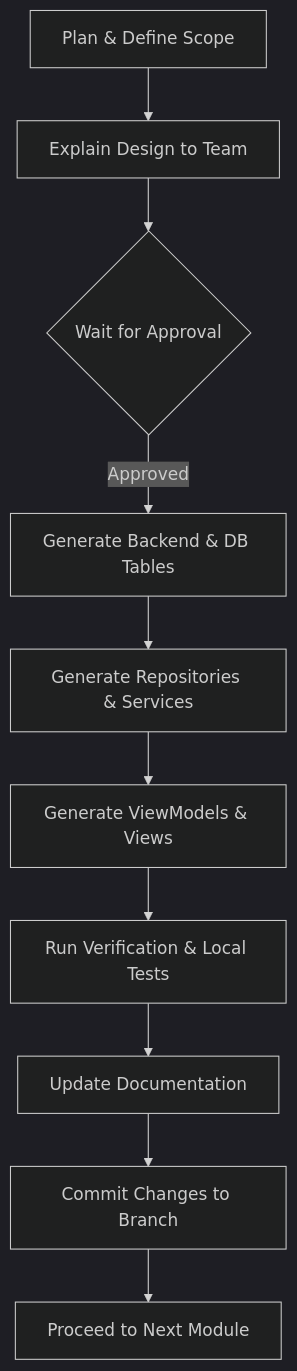
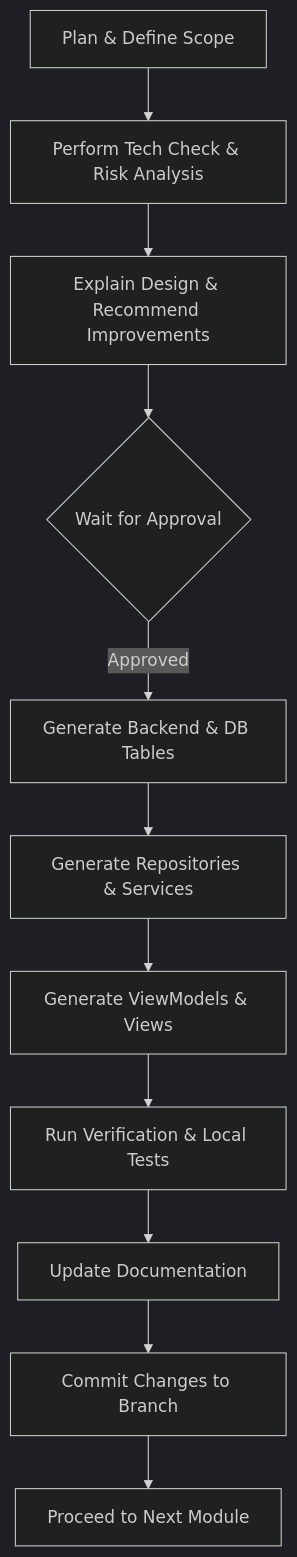
The diagram in docs/01_Agent_Guidelines.md (Kimchi991/GYM-TRACK), drawn with Mermaid (dark theme) before and after one commit. The commit also changed other lines of this file and 11 other files, not shown here.

Commit message:
chore: align architecture to Clean Architecture, inject Phase 0, and add CI templates & LICENSE

````diff
--- a/docs/01_Agent_Guidelines.md
+++ b/docs/01_Agent_Guidelines.md
@@ -30,12 +48,13 @@
 ```mermaid
 graph TD
-    A[Plan & Define Scope] --> B[Explain Design to Team]
-    B --> C{Wait for Approval}
-    C -- Approved --> D[Generate Backend & DB Tables]
-    D --> E[Generate Repositories & Services]
-    E --> F[Generate ViewModels & Views]
-    F --> G[Run Verification & Local Tests]
-    G --> H[Update Documentation]
-    H --> I[Commit Changes to Branch]
-    I --> J[Proceed to Next Module]
+    A[Plan & Define Scope] --> B[Perform Tech Check & Risk Analysis]
+    B --> C[Explain Design & Recommend Improvements]
+    C --> D{Wait for Approval}
+    D -- Approved --> E[Generate Backend & DB Tables]
+    E --> F[Generate Repositories & Services]
+    F --> G[Generate ViewModels & Views]
+    G --> H[Run Verification & Local Tests]
+    H --> I[Update Documentation]
+    I --> J[Commit Changes to Branch]
+    J --> K[Proceed to Next Module]
 ```
````
